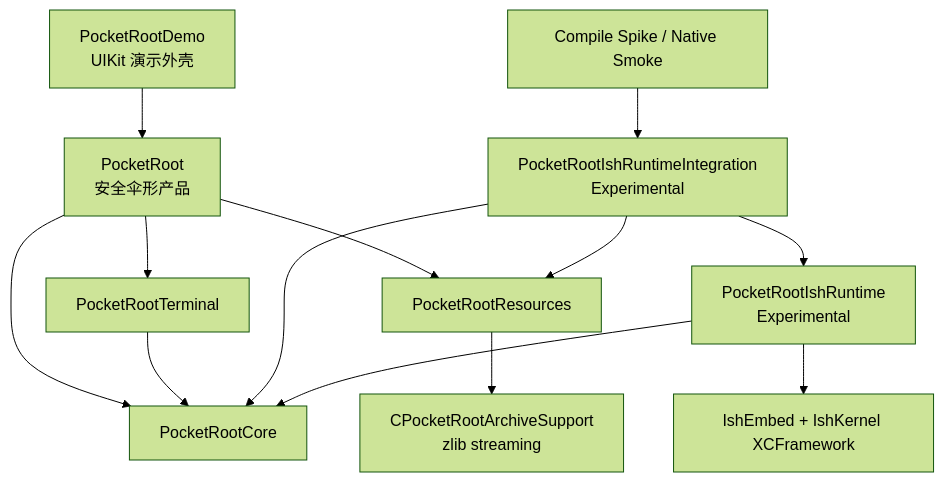
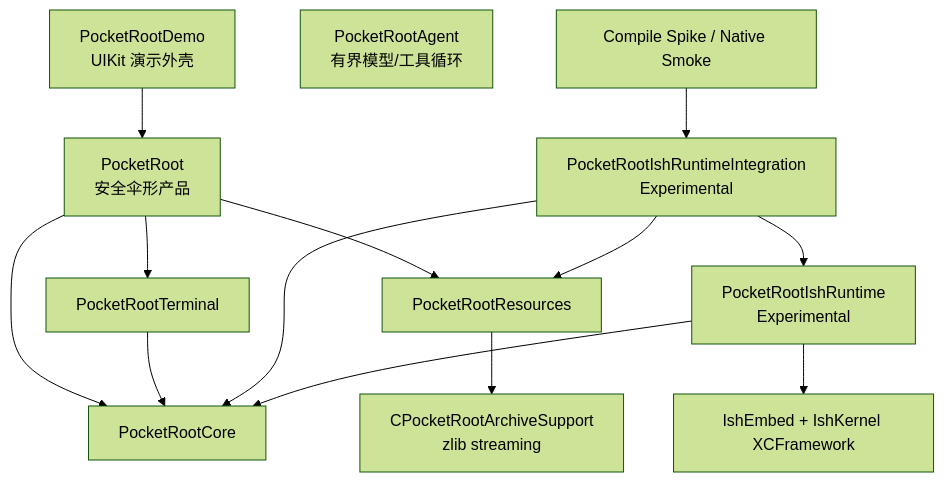
Before and after one commit to jacklv-coder/PocketRoot: the first of 3 diagrams in Docs/Architecture.md, drawn with Mermaid (forest theme). The commit also changed other lines of this file and 28 other files, not shown here.

````diff
--- a/Docs/Architecture.md
+++ b/Docs/Architecture.md
@@ -34,18 +34,19 @@
 ```mermaid
 flowchart TB
     Demo["PocketRootDemo<br/>UIKit 演示外壳"] --> Umbrella["PocketRoot<br/>安全伞形产品"]
     Umbrella --> Core["PocketRootCore"]
     Umbrella --> Terminal["PocketRootTerminal"]
     Umbrella --> Resources["PocketRootResources"]
 
     Terminal --> Core
     Resources --> Archive["CPocketRootArchiveSupport<br/>zlib streaming"]
+    Agent["PocketRootAgent<br/>有界模型/工具循环"]
 
     Integration["PocketRootIshRuntimeIntegration<br/>Experimental"] --> Core
     Integration --> Resources
     Integration --> Runtime["PocketRootIshRuntime<br/>Experimental"]
     Runtime --> Core
     Runtime --> IshEmbed["IshEmbed + IshKernel XCFramework"]
 
     Smoke["Compile Spike / Native Smoke"] --> Integration
 ```
````
